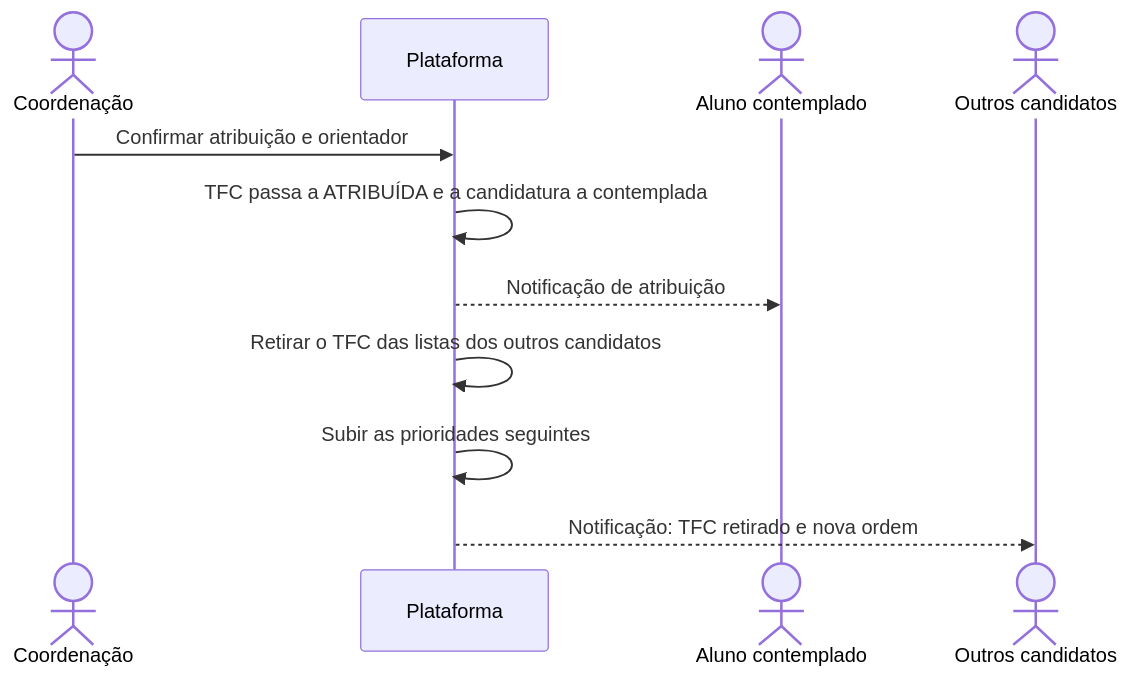
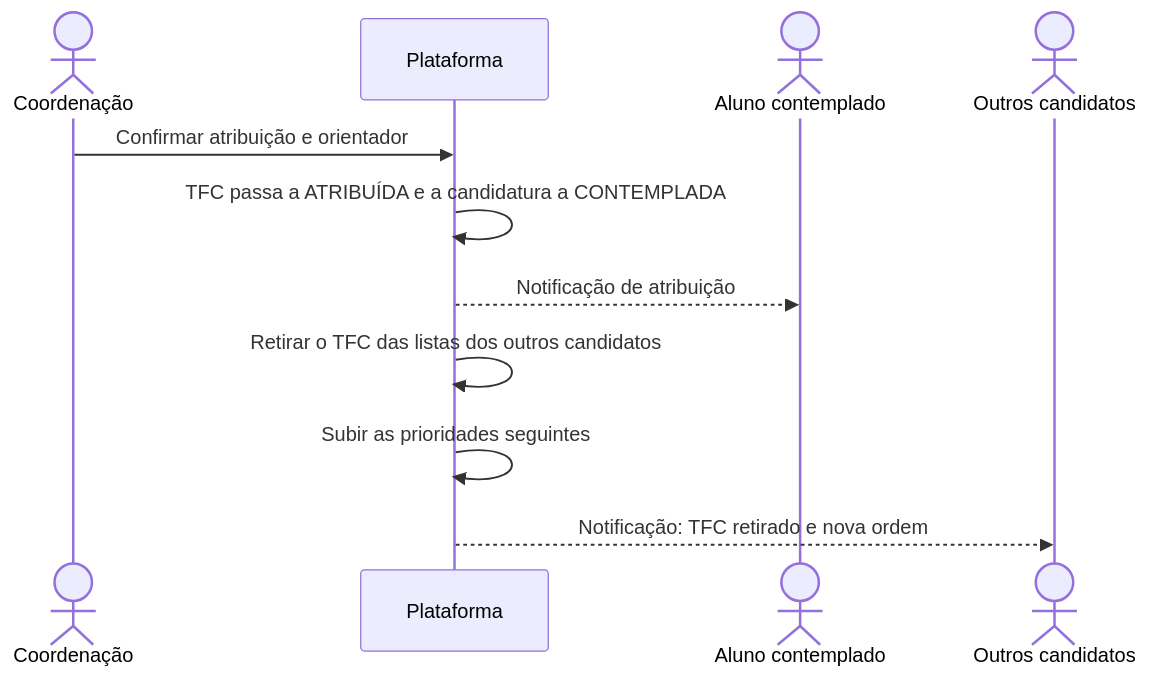
One commit to ULHT-TFC-new/tfc-reporting-DEISI2256 changed the sixth of 9 diagrams in processos.md. Above: the diagram before and after it, drawn with Mermaid. The commit also changed other lines of this file, not shown here.

````diff
--- a/processos.md
+++ b/processos.md
@@ -352,13 +531,13 @@
 ```mermaid
 sequenceDiagram
     actor Co as Coordenação
     participant P as Plataforma
     actor A as Aluno contemplado
     actor O as Outros candidatos
     Co->>P: Confirmar atribuição e orientador
-    P->>P: TFC passa a ATRIBUÍDA e a candidatura a contemplada
+    P->>P: TFC passa a ATRIBUÍDA e a candidatura a CONTEMPLADA
     P-->>A: Notificação de atribuição
     P->>P: Retirar o TFC das listas dos outros candidatos
     P->>P: Subir as prioridades seguintes
     P-->>O: Notificação: TFC retirado e nova ordem
 ```
````
